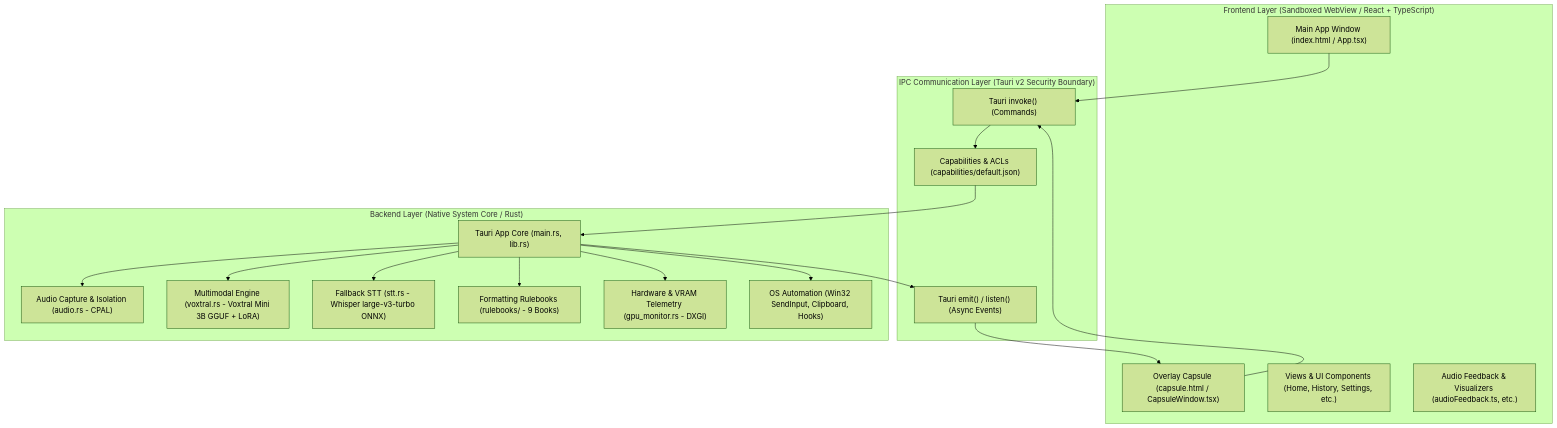
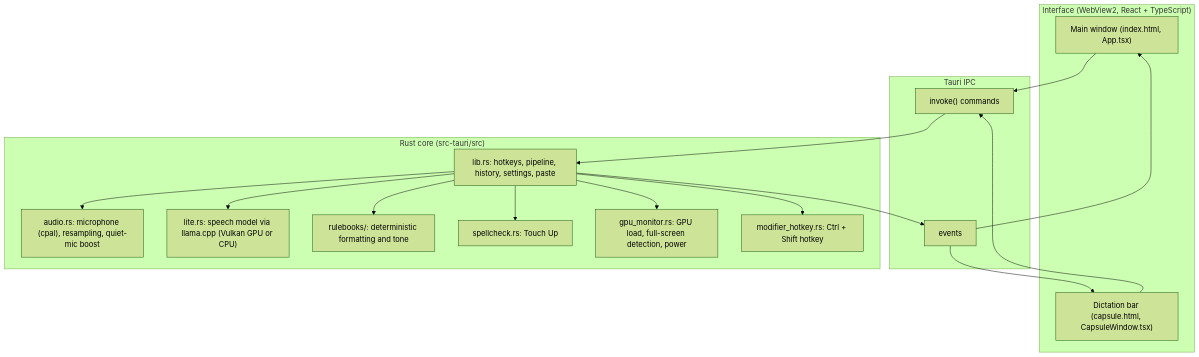
Before and after one commit to raj-7676/IVY-: the diagram in ARCHITECTURE.md, drawn with Mermaid (forest theme). The commit also changed other lines of this file and 27 other files, not shown here.

````diff
--- a/ARCHITECTURE.md
+++ b/ARCHITECTURE.md
@@ -11,36 +7,33 @@
 ```mermaid
 graph TD
-    subgraph Frontend["Frontend Layer (Sandboxed WebView / React + TypeScript)"]
-        UI_MAIN["Main App Window (index.html / App.tsx)"]
-        UI_CAPSULE["Overlay Capsule (capsule.html / CapsuleWindow.tsx)"]
-        COMPONENTS["Views & UI Components (Home, History, Settings, etc.)"]
-        FE_AUDIO["Audio Feedback & Visualizers (audioFeedback.ts, etc.)"]
+    subgraph Frontend["Interface (WebView2, React + TypeScript)"]
+        UI_MAIN["Main window (index.html, App.tsx)"]
+        UI_CAPSULE["Dictation bar (capsule.html, CapsuleWindow.tsx)"]
     end
 
-    subgraph Bridge["IPC Communication Layer (Tauri v2 Security Boundary)"]
-        INVOKE["Tauri invoke() (Commands)"]
-        EVENTS["Tauri emit() / listen() (Async Events)"]
-        CAPS["Capabilities & ACLs (capabilities/default.json)"]
+    subgraph Bridge["Tauri IPC"]
+        INVOKE["invoke() commands"]
+        EVENTS["events"]
     end
 
-    subgraph Backend["Backend Layer (Native System Core / Rust)"]
-        CORE["Tauri App Core (main.rs, lib.rs)"]
-        AUDIO["Audio Capture & Isolation (audio.rs - CPAL)"]
-        VOXTRAL["Multimodal Engine (voxtral.rs - Voxtral Mini 3B GGUF + LoRA)"]
-        STT["Fallback STT (stt.rs - Whisper large-v3-turbo ONNX)"]
-        RULEBOOKS["Formatting Rulebooks (rulebooks/ - 9 Books)"]
-        GPU["Hardware & VRAM Telemetry (gpu_monitor.rs - DXGI)"]
-        WIN32["OS Automation (Win32 SendInput, Clipboard, Hooks)"]
+    subgraph Backend["Rust core (src-tauri/src)"]
+        CORE["lib.rs: hotkeys, pipeline, history, settings, paste"]
+        AUDIO["audio.rs: microphone (cpal), resampling, quiet-mic boost"]
+        LITE["lite.rs: speech model via llama.cpp (Vulkan GPU or CPU)"]
+        RULEBOOKS["rulebooks/: deterministic formatting and tone"]
+        SPELL["spellcheck.rs: Touch Up"]
+        GPU["gpu_monitor.rs: GPU load, full-screen detection, power"]
+        HOTKEY["modifier_hotkey.rs: Ctrl + Shift hotkey"]
     end
 
-    UI_MAIN --> INVOKE
+    UI_MAIN --> INVOKE --> CORE
     UI_CAPSULE --> INVOKE
-    INVOKE --> CAPS --> CORE
-    CORE --> EVENTS --> UI_CAPSULE
+    CORE --> EVENTS --> UI_MAIN
+    EVENTS --> UI_CAPSULE
     CORE --> AUDIO
-    CORE --> VOXTRAL
-    CORE --> STT
+    CORE --> LITE
     CORE --> RULEBOOKS
+    CORE --> SPELL
     CORE --> GPU
-    CORE --> WIN32
+    CORE --> HOTKEY
 ```
````
